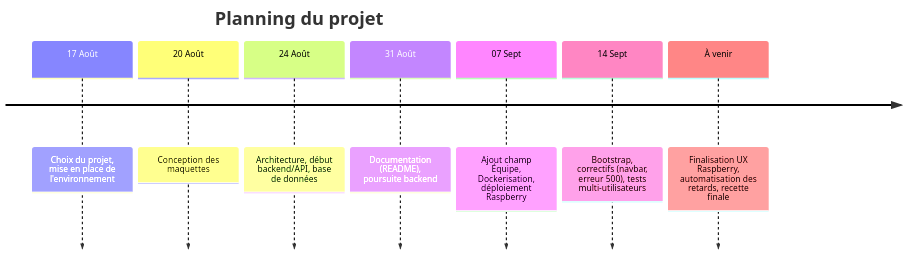
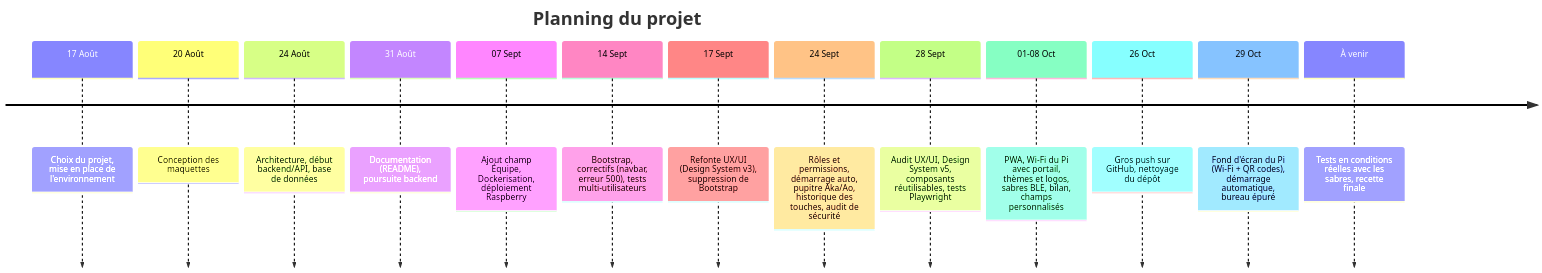
One commit to CFPT-AWEB-PH/2026-27_I.DA-P3B_LuTo changed the second of 2 diagrams in Cahier_des_charges.md. Above: the diagram before and after it, drawn with Mermaid. The commit also changed other lines of this file, not shown here.

````diff
--- a/Cahier_des_charges.md
+++ b/Cahier_des_charges.md
@@ -123,11 +181,17 @@
 ```mermaid
 timeline
     title Planning du projet
     17 Août : Choix du projet, mise en place de l'environnement
     20 Août : Conception des maquettes
     24 Août : Architecture, début backend/API, base de données
     31 Août : Documentation (README), poursuite backend
     07 Sept : Ajout champ Équipe, Dockerisation, déploiement Raspberry
     14 Sept : Bootstrap, correctifs (navbar, erreur 500), tests multi-utilisateurs
-    À venir : Finalisation UX Raspberry, automatisation des retards, recette finale
+    17 Sept : Refonte UX/UI (Design System v3), suppression de Bootstrap
+    24 Sept : Rôles et permissions, démarrage auto, pupitre Aka/Ao, historique des touches, audit de sécurité
+    28 Sept : Audit UX/UI, Design System v5, composants réutilisables, tests Playwright
+    01-08 Oct : PWA, Wi-Fi du Pi avec portail, thèmes et logos, sabres BLE, bilan, champs personnalisés
+    26 Oct : Gros push sur GitHub, nettoyage du dépôt
+    29 Oct : Fond d'écran du Pi (Wi-Fi + QR codes), démarrage automatique, bureau épuré
+    À venir : Tests en conditions réelles avec les sabres, recette finale
 ```
````
